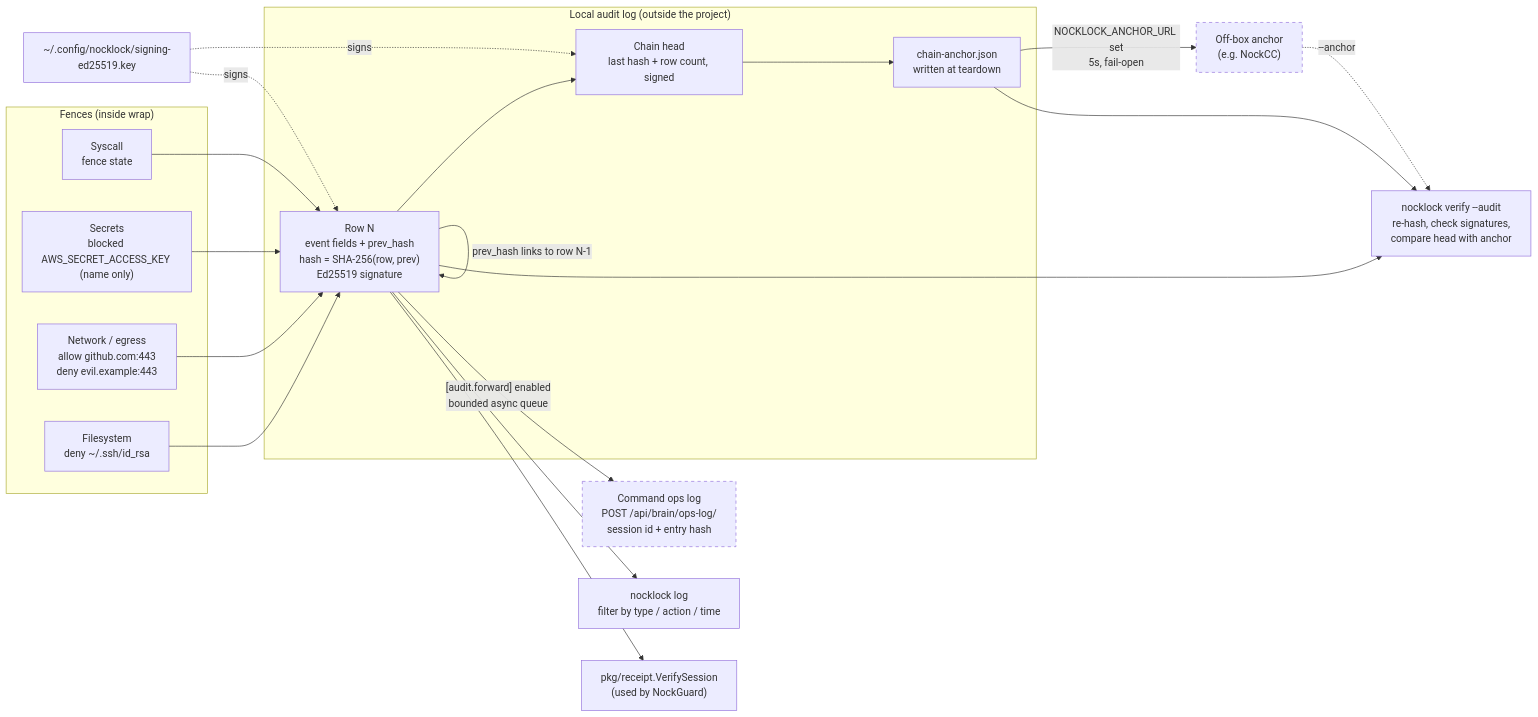
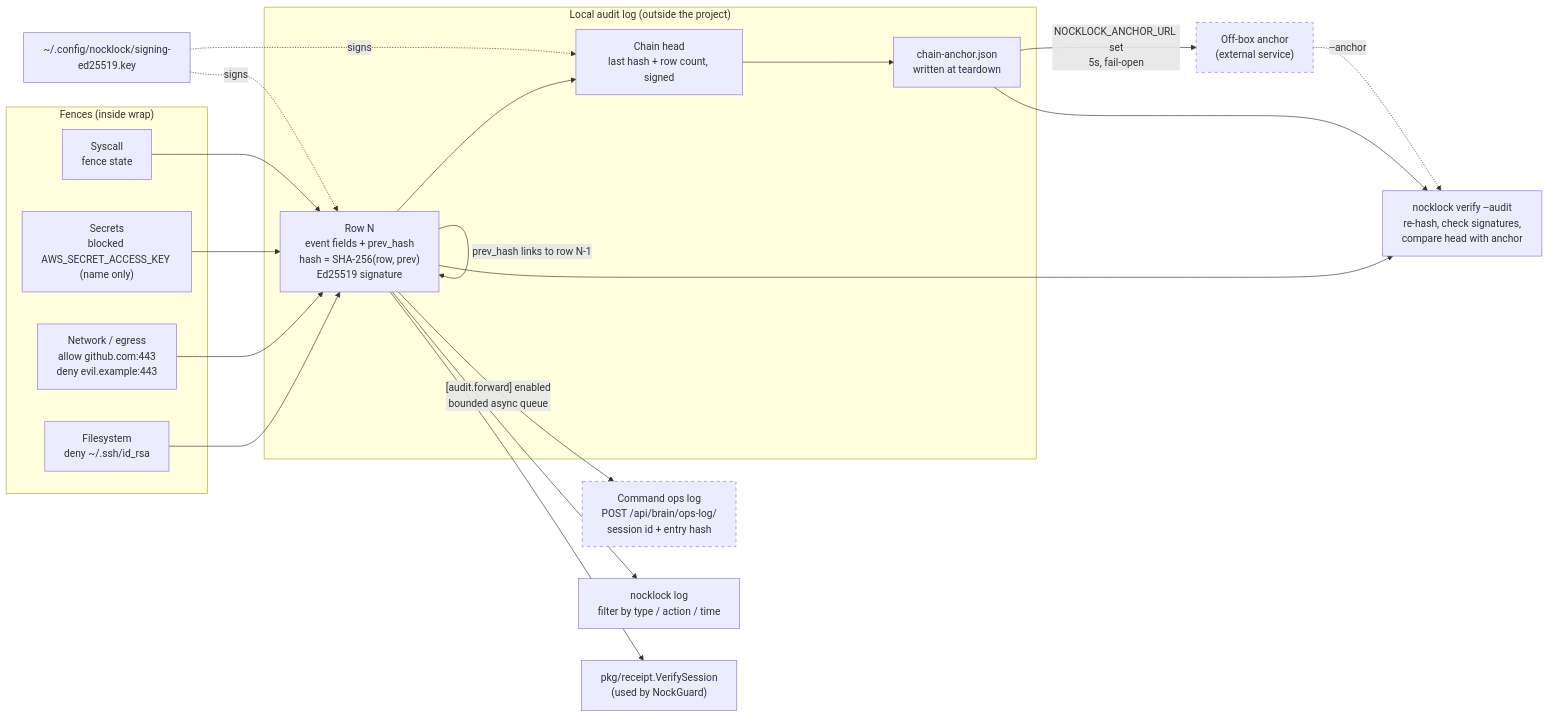
Before and after one commit to nocktechnologies/nocklock: the diagram in .claude/diagrams/event-flow.mermaid, drawn with Mermaid. The commit also changed 114 other files, not shown here.

```diff
--- a/.claude/diagrams/event-flow.mermaid
+++ b/.claude/diagrams/event-flow.mermaid
@@ -1,39 +1,39 @@
 %% NockLock — Event Flow
 %% Fence decisions → signed hash chain → chain-head anchor → verify.
 %% Command forwarding is opt-in and never changes local rows.
 
 flowchart LR
     subgraph "Fences (inside wrap)"
         FS["Filesystem<br/>deny ~/.ssh/id_rsa"]
         NET["Network / egress<br/>allow github.com:443<br/>deny evil.example:443"]
         SEC["Secrets<br/>blocked AWS_SECRET_ACCESS_KEY (name only)"]
         SYS["Syscall<br/>fence state"]
     end
 
     subgraph "Local audit log (outside the project)"
         ROW["Row N<br/>event fields + prev_hash<br/>hash = SHA-256(row, prev)<br/>Ed25519 signature"]
         HEAD["Chain head<br/>last hash + row count, signed"]
         ANCH["chain-anchor.json<br/>written at teardown"]
         ROW -->|"prev_hash links to row N-1"| ROW
         ROW --> HEAD --> ANCH
     end
 
     FS --> ROW
     NET --> ROW
     SEC --> ROW
     SYS --> ROW
 
     KEY["~/.config/nocklock/signing-ed25519.key"] -. signs .-> ROW
     KEY -. signs .-> HEAD
 
-    ANCH -->|"NOCKLOCK_ANCHOR_URL set<br/>5s, fail-open"| OFF["Off-box anchor<br/>(e.g. NockCC)"]
+    ANCH -->|"NOCKLOCK_ANCHOR_URL set<br/>5s, fail-open"| OFF["Off-box anchor<br/>(external service)"]
     ROW -->|"[audit.forward] enabled<br/>bounded async queue"| CMD["Command ops log<br/>POST /api/brain/ops-log/<br/>session id + entry hash"]
 
     ROW --> LOG["nocklock log<br/>filter by type / action / time"]
     ROW --> VER["nocklock verify --audit<br/>re-hash, check signatures,<br/>compare head with anchor"]
     ANCH --> VER
     OFF -. "--anchor" .-> VER
     ROW --> RCPT["pkg/receipt.VerifySession<br/>(used by NockGuard)"]
 
     classDef optional stroke-dasharray: 5 5
     class OFF,CMD optional
```
